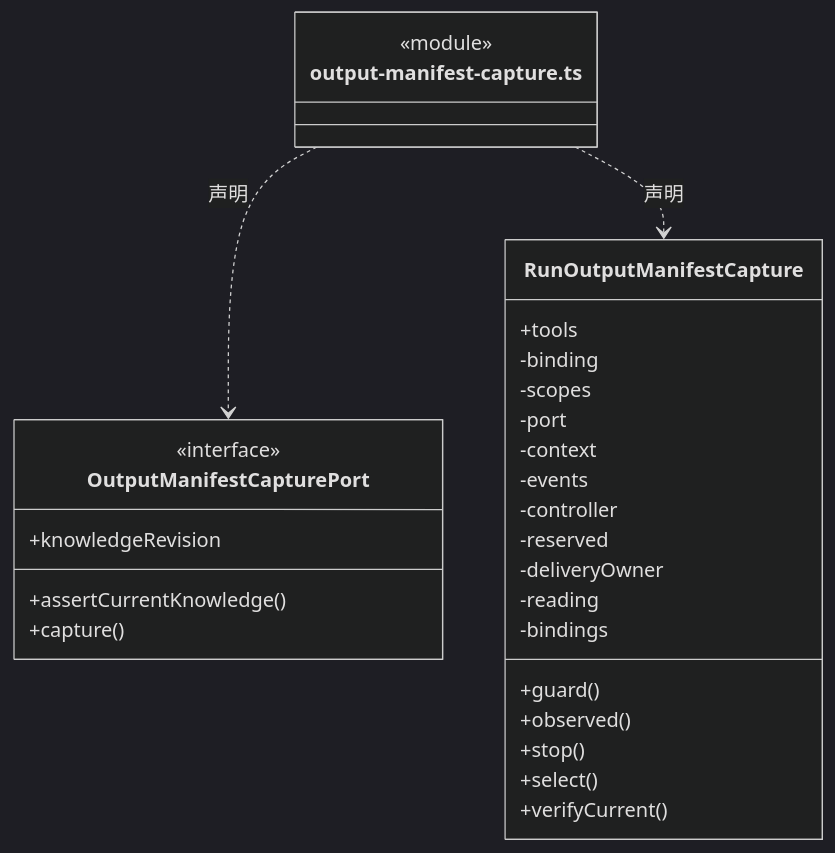
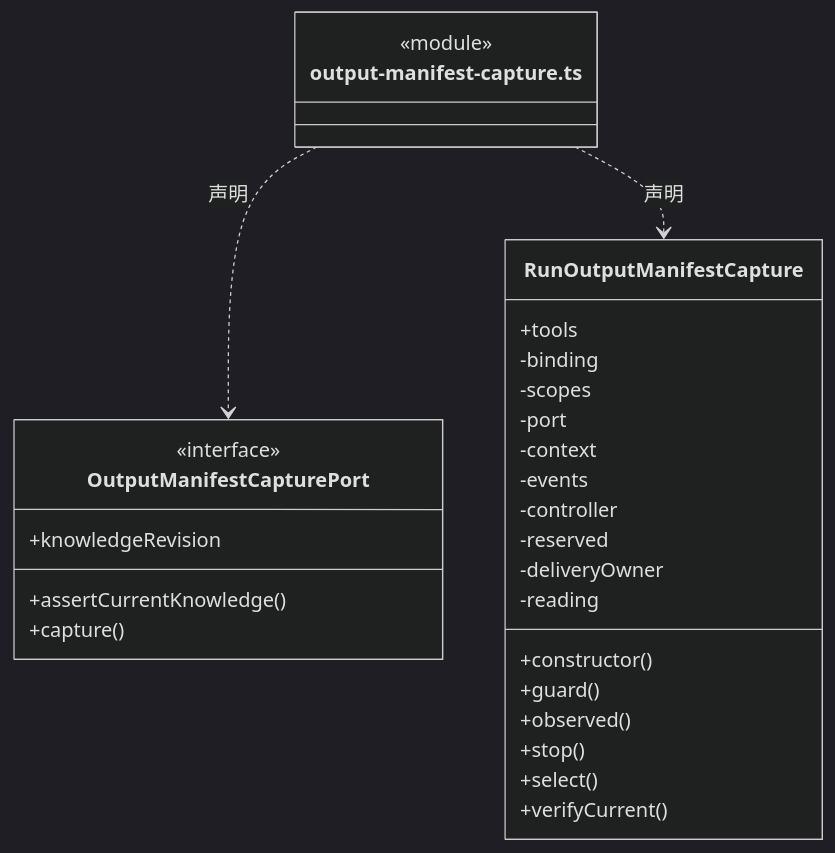
One commit to nan023062/cbim changed the fifth of 18 diagrams in src/logic/execution/rules/capabilities/ARCHITECTURE.md. Above: the diagram before and after it, drawn with Mermaid (dark theme). The commit also changed other lines of this file and 139 other files, not shown here.

Commit message:
docs(architecture): add source reading paths and complete file inventories

````diff
--- a/src/logic/execution/rules/capabilities/ARCHITECTURE.md
+++ b/src/logic/execution/rules/capabilities/ARCHITECTURE.md
@@ -122,32 +128,32 @@
 ```mermaid
 classDiagram
 class N_src_logic_execution_rules_capabilities_output_manifest_capture_ts["output-manifest-capture.ts"] {
   <<module>>
 }
 class N_src_logic_execution_rules_capabilities_output_manifest_capture_ts_OutputManifestCapturePort["OutputManifestCapturePort"] {
   <<interface>>
   +knowledgeRevision
   +assertCurrentKnowledge()
   +capture()
 }
 N_src_logic_execution_rules_capabilities_output_manifest_capture_ts ..> N_src_logic_execution_rules_capabilities_output_manifest_capture_ts_OutputManifestCapturePort : 声明
 class N_src_logic_execution_rules_capabilities_output_manifest_capture_ts_RunOutputManifestCapture["RunOutputManifestCapture"] {
   +tools
+  +constructor()
   +guard()
   +observed()
   +stop()
   +select()
   +verifyCurrent()
   -binding
   -scopes
   -port
   -context
   -events
   -controller
   -reserved
   -deliveryOwner
   -reading
-  -bindings
 }
 N_src_logic_execution_rules_capabilities_output_manifest_capture_ts ..> N_src_logic_execution_rules_capabilities_output_manifest_capture_ts_RunOutputManifestCapture : 声明
 ```
````
